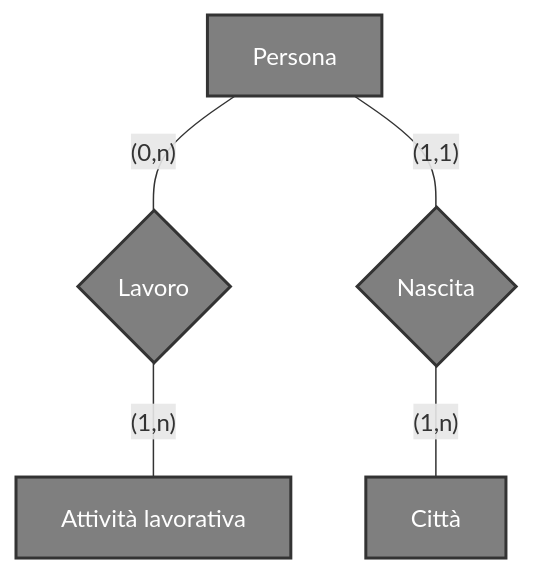
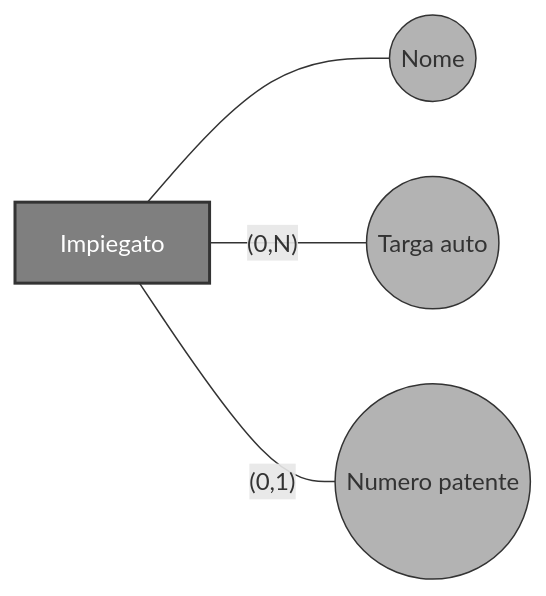
Before and after one commit to Mbarabba/Appunti-Obsidian-Uni: the sixth of 11 diagrams in Secondo Anno/Secondo Semestre/BD - Basi di Dati/Appunti/Modello Concettuale ER/Entità.md, drawn with Mermaid. The commit also changed other lines of this file and 2 other files, not shown here.

Commit message:
Backup automatico . 07-03-2026 09:55

````diff
--- a/Secondo Anno/Secondo Semestre/BD - Basi di Dati/Appunti/Modello Concettuale ER/Entità.md
+++ b/Secondo Anno/Secondo Semestre/BD - Basi di Dati/Appunti/Modello Concettuale ER/Entità.md
@@ -59,25 +59,11 @@
 ```mermaid
-graph TD
-    %% Entità
-    P[Persona]
-    A[Attività lavorativa]
-    C[Città]
+graph LR
+    I[Impiegato] --- N((Nome))
+    I ---|"(0,N)"| T((Targa auto))
+    I ---|"(0,1)"| P((Numero patente))
 
-    %% Relazioni
-    L{Lavoro}
-    N{Nascita}
-
-    %% Collegamenti con cardinalità
-    P ---|"(0,n)"| L
-    L ---|"(1,n)"| A
-    
-    P ---|"(1,1)"| N
-    N ---|"(1,n)"| C
-
-    %% Stili
-    style P fill:#7f7f7f,stroke:#333,stroke-width:2px,color:#fff
-    style A fill:#7f7f7f,stroke:#333,stroke-width:2px,color:#fff
-    style C fill:#7f7f7f,stroke:#333,stroke-width:2px,color:#fff
-    style L fill:#7f7f7f,stroke:#333,stroke-width:2px,color:#fff
-    style N fill:#7f7f7f,stroke:#333,stroke-width:2px,color:#fff
+    style I fill:#7f7f7f,stroke:#333,stroke-width:2px,color:#fff
+    style N fill:#b3b3b3,stroke:#333,stroke-width:1px
+    style T fill:#b3b3b3,stroke:#333,stroke-width:1px
+    style P fill:#b3b3b3,stroke:#333,stroke-width:1px
 ```
````
